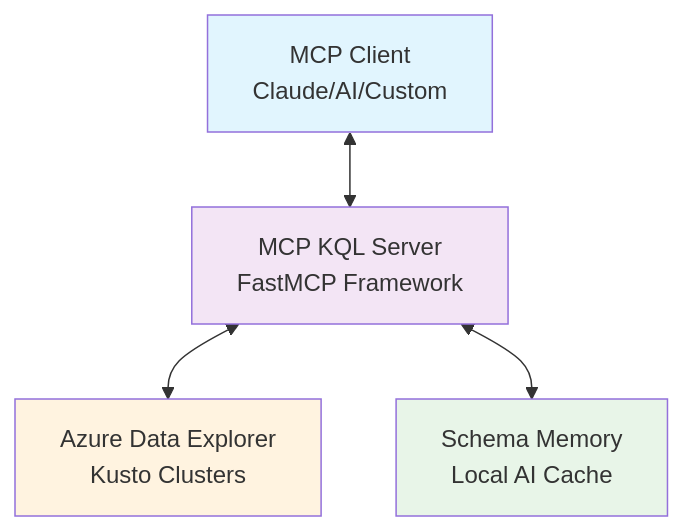
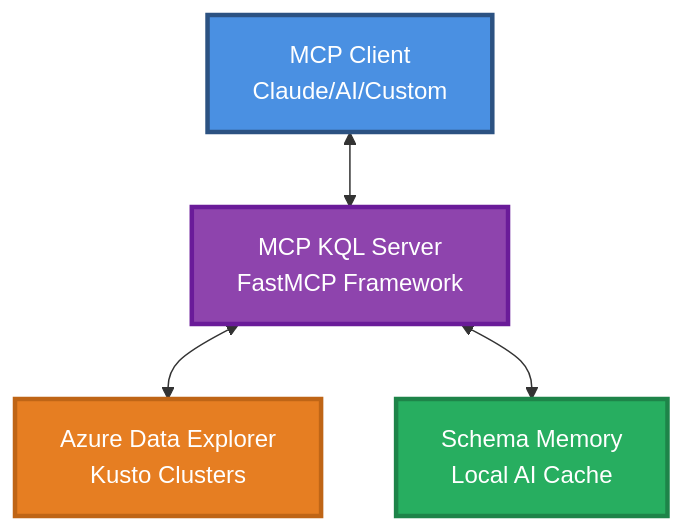
One commit to fastmcp-me/mcp-kql-server changed the third of 3 diagrams in README.md. Above: the diagram before and after it, drawn with Mermaid. The commit also changed other lines of this file and 6 other files, not shown here.

````diff
--- a/README.md
+++ b/README.md
@@ -285,11 +305,11 @@
 ```mermaid
 graph TD
     A[MCP Client<br/>Claude/AI/Custom] <--> B[MCP KQL Server<br/>FastMCP Framework]
     B <--> C[Azure Data Explorer<br/>Kusto Clusters]
     B <--> D[Schema Memory<br/>Local AI Cache]
     
-    style A fill:#e1f5fe
-    style B fill:#f3e5f5
-    style C fill:#fff3e0
-    style D fill:#e8f5e8
+    style A fill:#4a90e2,stroke:#2c5282,stroke-width:3px,color:#ffffff
+    style B fill:#8e44ad,stroke:#6a1b99,stroke-width:3px,color:#ffffff
+    style C fill:#e67e22,stroke:#bf6516,stroke-width:3px,color:#ffffff
+    style D fill:#27ae60,stroke:#1e8449,stroke-width:3px,color:#ffffff
 ```
````
